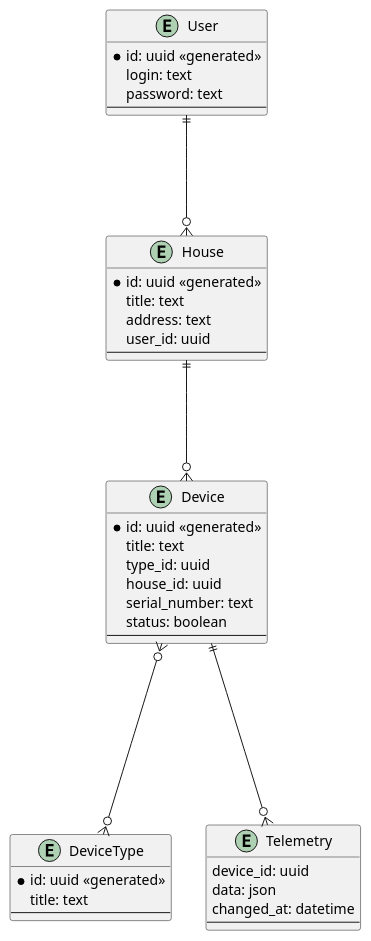
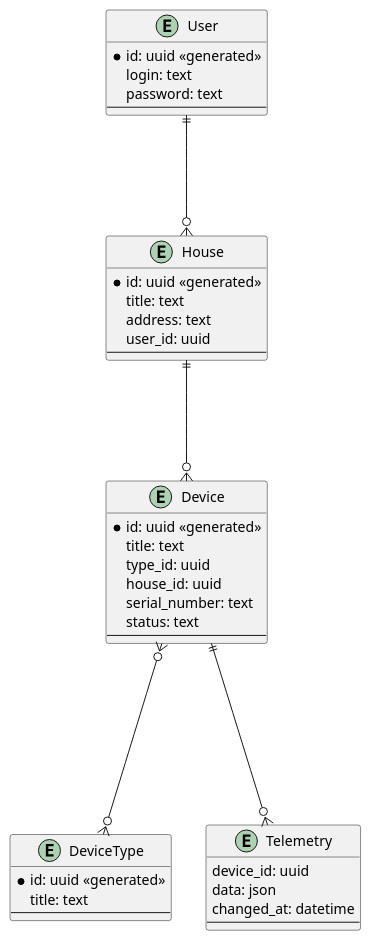
One commit to snakeduse/architecture-sprint-3 changed the diagram in diagrams/ERDiagram.puml. Above: the diagram before and after it, drawn with PlantUML. The commit also changed 1 other file, not shown here.

Commit message:
docs: Исправили неточности в ER-диаграмме

```diff
--- a/diagrams/ERDiagram.puml
+++ b/diagrams/ERDiagram.puml
@@ -1,46 +1,46 @@
 @startuml
 
 entity User {
   * id: uuid <<generated>>
   login: text
   password: text
   --
 }
 
 entity House {
   * id: uuid <<generated>>
   title: text
   address: text
   user_id: uuid
   --
 }
 
 entity Device {
   * id: uuid <<generated>>
   title: text
   type_id: uuid
   house_id: uuid
   serial_number: text
-  status: boolean
+  status: text
   --
 }
 
 entity DeviceType {
   * id: uuid <<generated>>
   title: text
   --
 }
 
 entity Telemetry {
   device_id: uuid
   data: json
   changed_at: datetime
   --
 }
 
 User ||---o{ House
 House ||---o{ Device
 Device }o----o{ DeviceType
 Device ||----o{ Telemetry
 
 @enduml
```
